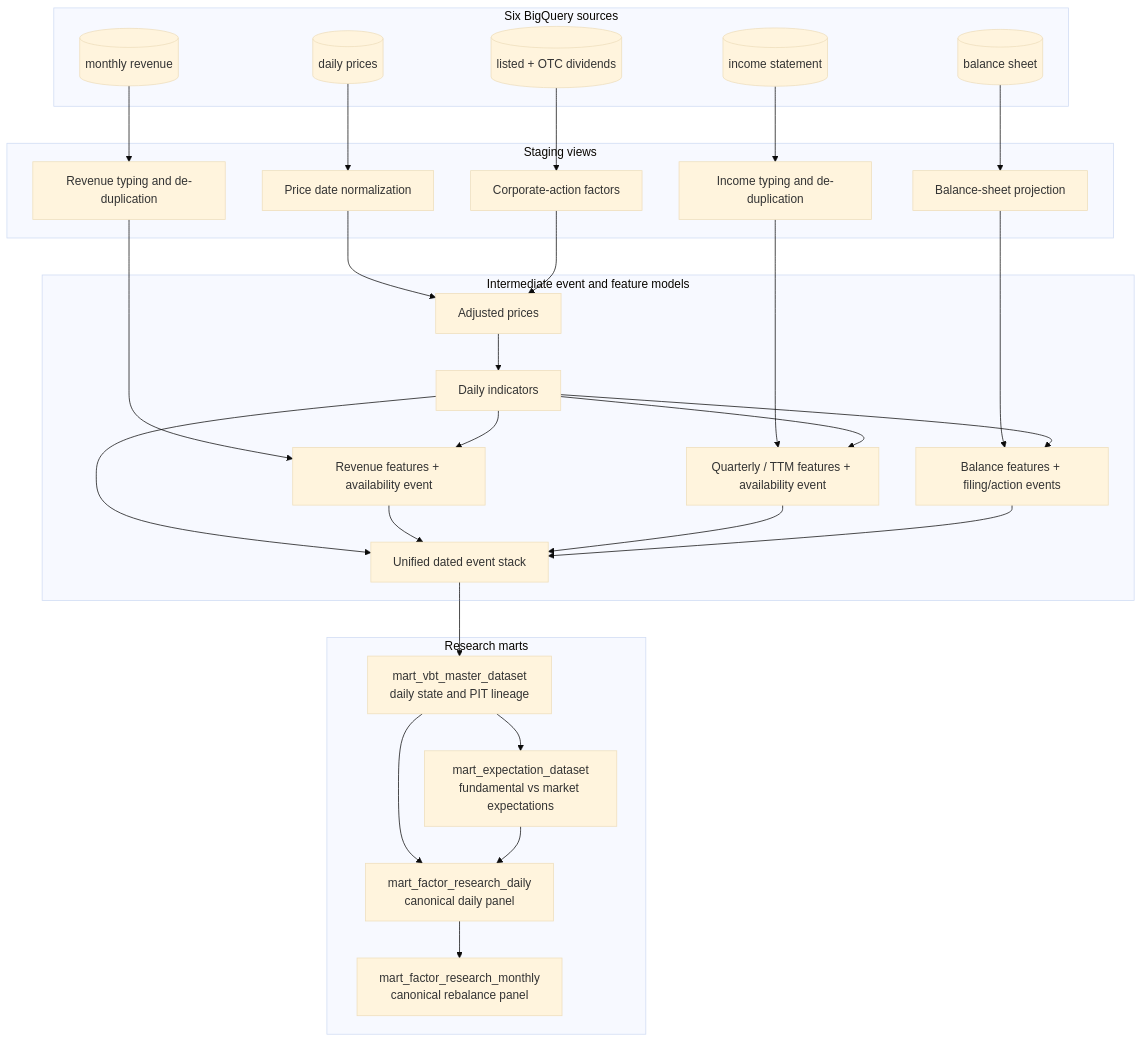
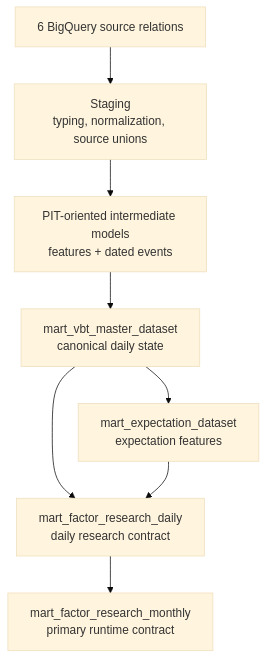
Before and after one commit to robertbasement/taiwan-equity-analytics-engineering: the second of 2 diagrams in README.md, drawn with Mermaid (base theme). The commit also changed other lines of this file and 3 other files, not shown here.

Commit message:
docs: document analytics architecture and PIT semantics

````diff
--- a/README.md
+++ b/README.md
@@ -40,46 +28,15 @@
 ```mermaid
 flowchart TB
-    subgraph SourceLayer[Six BigQuery sources]
-        Prices[(daily prices)]
-        Revenue[(monthly revenue)]
-        Income[(income statement)]
-        Balance[(balance sheet)]
-        Dividends[(listed + OTC dividends)]
-    end
+    Sources["6 BigQuery source relations"]
+    Staging["Staging<br/>typing, normalization, source unions"]
+    Events["PIT-oriented intermediate models<br/>features + dated events"]
+    Master["mart_vbt_master_dataset<br/>canonical daily state"]
+    Expectation["mart_expectation_dataset<br/>expectation features"]
+    Daily["mart_factor_research_daily<br/>daily research contract"]
+    Monthly["mart_factor_research_monthly<br/>primary runtime contract"]
 
-    subgraph Staging[Staging views]
-        PriceStage["Price date normalization"]
-        RevenueStage["Revenue typing and de-duplication"]
-        IncomeStage["Income typing and de-duplication"]
-        BalanceStage["Balance-sheet projection"]
-        DividendStage["Corporate-action factors"]
-    end
-
-    subgraph Intermediate[Intermediate event and feature models]
-        Adjusted["Adjusted prices"]
-        Indicators["Daily indicators"]
-        RevenueFeatures["Revenue features + availability event"]
-        IncomeFeatures["Quarterly / TTM features + availability event"]
-        BalanceFeatures["Balance features + filing/action events"]
-        Stack["Unified dated event stack"]
-    end
-
-    subgraph ResearchMarts[Research marts]
-        Master["mart_vbt_master_dataset<br/>daily state and PIT lineage"]
-        Expectations["mart_expectation_dataset<br/>fundamental vs market expectations"]
-        Daily["mart_factor_research_daily<br/>canonical daily panel"]
-        Monthly["mart_factor_research_monthly<br/>canonical rebalance panel"]
-    end
-
-    Prices --> PriceStage --> Adjusted --> Indicators --> Stack
-    Dividends --> DividendStage --> Adjusted
-    Revenue --> RevenueStage --> RevenueFeatures --> Stack
-    Income --> IncomeStage --> IncomeFeatures --> Stack
-    Balance --> BalanceStage --> BalanceFeatures --> Stack
-    Indicators --> RevenueFeatures
-    Indicators --> IncomeFeatures
-    Indicators --> BalanceFeatures
-    Stack --> Master --> Expectations
+    Sources --> Staging --> Events --> Master
+    Master --> Expectation
     Master --> Daily
-    Expectations --> Daily --> Monthly
+    Expectation --> Daily --> Monthly
 ```
````
